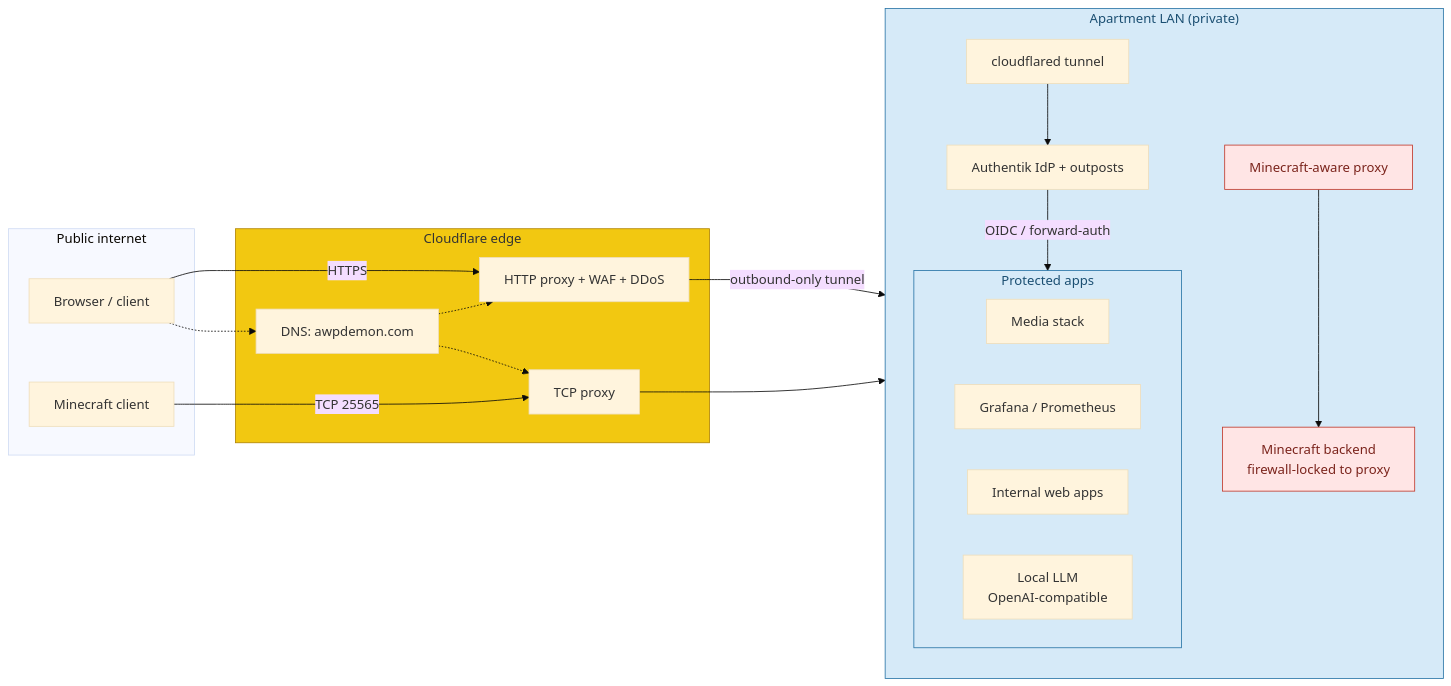
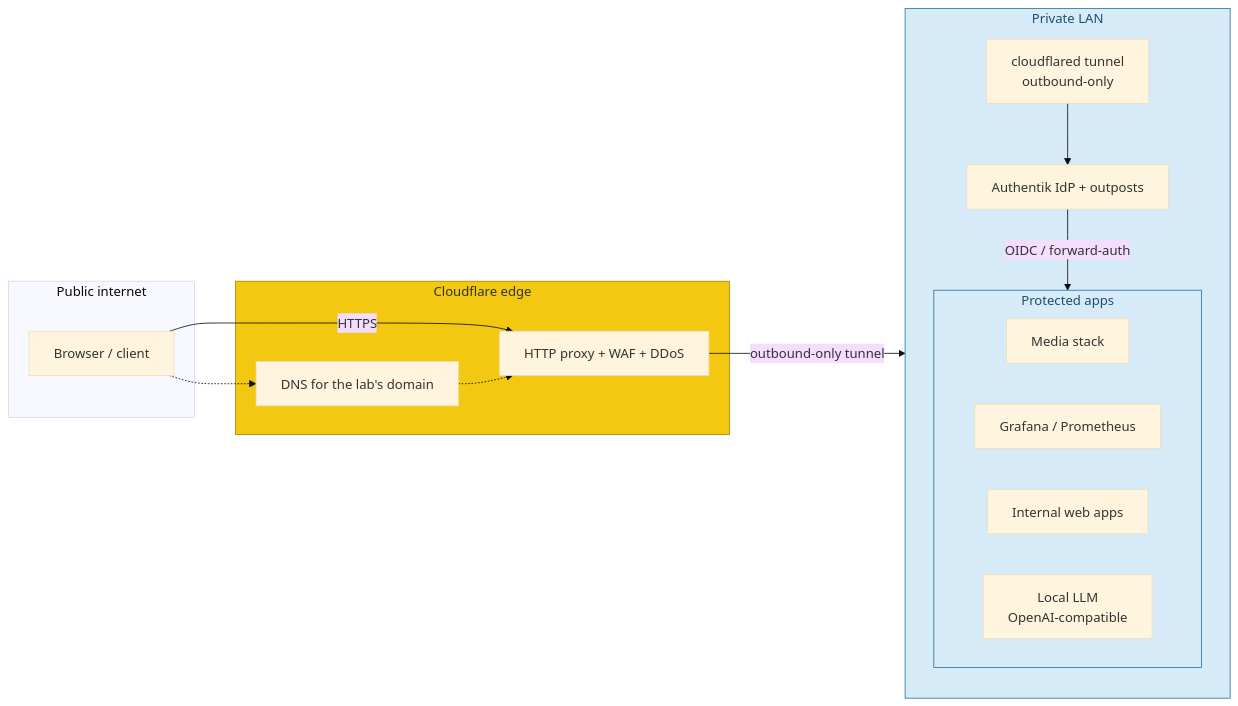
Before and after one commit to AwpDemon/homelab: the diagram in README.md, drawn with Mermaid (base theme). The commit also changed other lines of this file and 6 other files, not shown here.

````diff
--- a/README.md
+++ b/README.md
@@ -21,49 +20,36 @@
 ```mermaid
 flowchart LR
     subgraph Internet["Public internet"]
         USER[Browser / client]
-        MC[Minecraft client]
     end
 
     subgraph CF["Cloudflare edge"]
         PROXY[HTTP proxy + WAF + DDoS]
-        SPECTRUM[TCP proxy]
-        DNS[DNS: awpdemon.com]
+        DNS[DNS for the lab's domain]
     end
 
-    subgraph Lab["Apartment LAN (private)"]
+    subgraph Lab["Private LAN"]
         direction TB
-        TUNNEL[cloudflared tunnel]
+        TUNNEL[cloudflared tunnel<br/>outbound-only]
         AUTH[Authentik IdP + outposts]
 
         subgraph Apps["Protected apps"]
             MEDIA[Media stack]
             MONITOR[Grafana / Prometheus]
             INTERNAL[Internal web apps]
             LLM[Local LLM<br/>OpenAI-compatible]
         end
-
-        MCPROXY[Minecraft-aware proxy]
-        MCBACKEND[Minecraft backend<br/>firewall-locked to proxy]
     end
 
     USER -->|HTTPS| PROXY
     PROXY -->|outbound-only tunnel| TUNNEL
     TUNNEL --> AUTH
     AUTH -->|OIDC / forward-auth| Apps
-
-    MC -->|TCP 25565| SPECTRUM
-    SPECTRUM --> MCPROXY
-    MCPROXY --> MCBACKEND
-
     USER -.-> DNS
     DNS -.-> PROXY
-    DNS -.-> SPECTRUM
 
     classDef edge fill:#f2c811,stroke:#b08400,color:#333
     classDef private fill:#d6eaf8,stroke:#2874a6,color:#1b4f72
-    classDef mc fill:#ffe5e5,stroke:#c0392b,color:#7b241c
     class CF edge
     class Lab,Apps private
-    class MCPROXY,MCBACKEND mc
 ```
````
